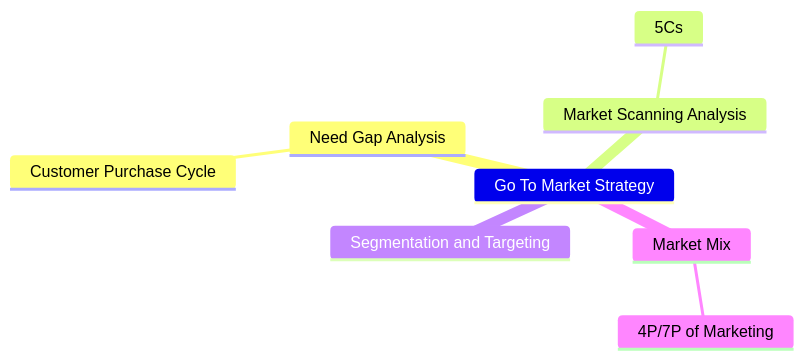
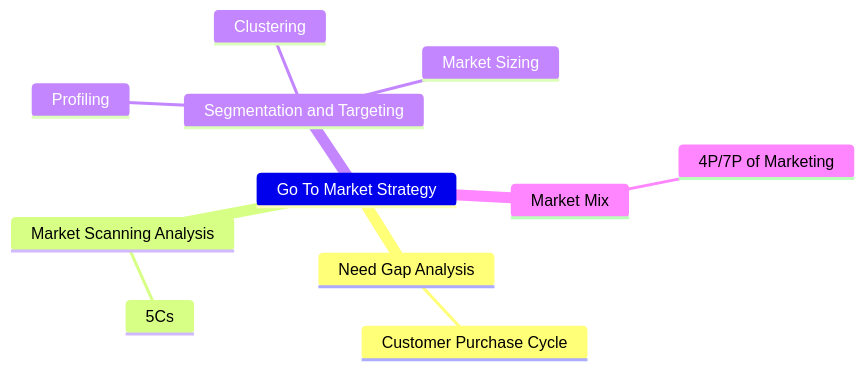
The second of 11 diagrams in content/business/marketing/_index.md (manasm11/blog.manas-mishra.com), drawn with Mermaid before and after one commit. The commit also changed other lines of this file and 4 other files, not shown here.

````diff
--- a/content/business/marketing/_index.md
+++ b/content/business/marketing/_index.md
@@ -22,11 +22,14 @@
 ```mermaid
 mindmap
     Go To Market Strategy
         Need Gap Analysis
             Customer Purchase Cycle
         Market Scanning Analysis
             5Cs
         Segmentation and Targeting
+            Clustering
+            Profiling
+            Market Sizing
         Market Mix
             4P/7P of Marketing
 ```
````
